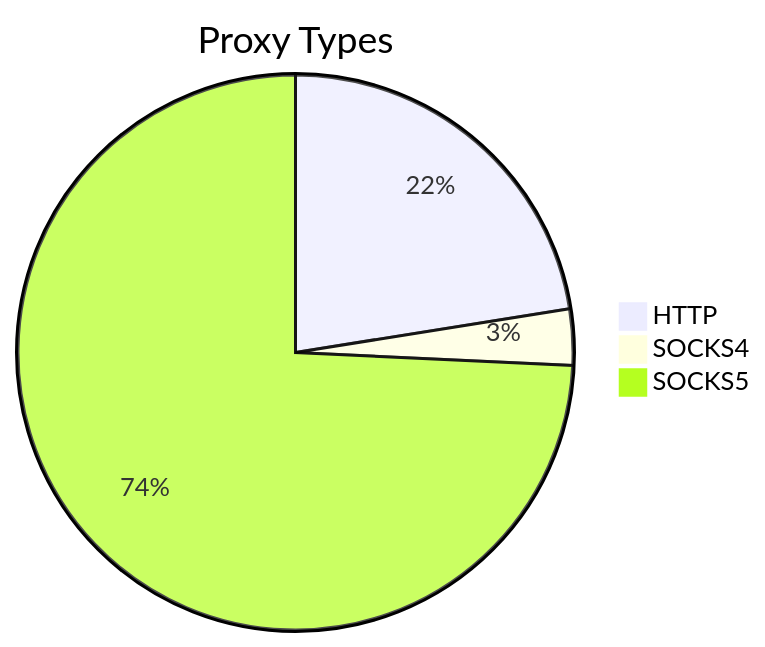
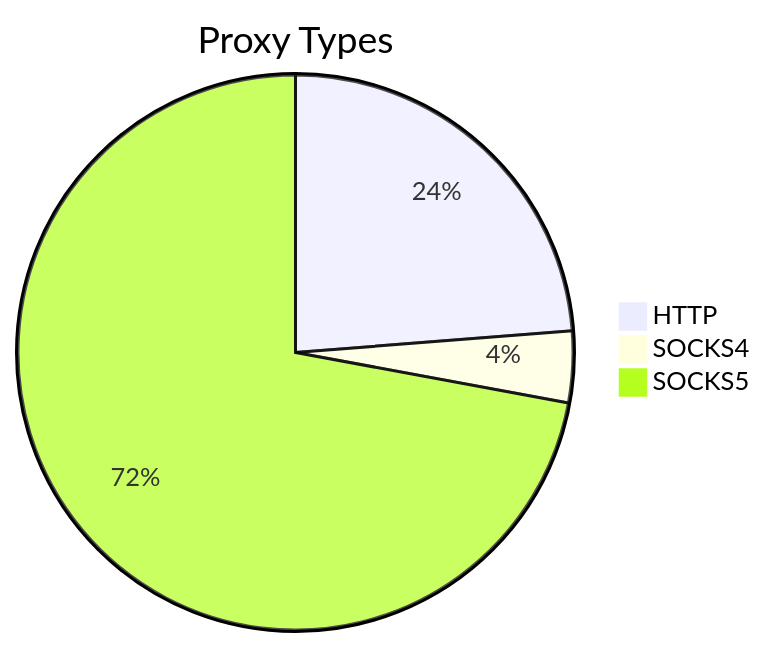
One commit to stormsia/proxy-list changed the first of 2 diagrams in README.md. Above: the diagram before and after it, drawn with Mermaid. The commit also changed other lines of this file, not shown here.

````diff
--- a/README.md
+++ b/README.md
@@ -21,6 +21,6 @@
 ```mermaid
 pie title Proxy Types
-    "HTTP" : 158
-    "SOCKS4" : 23
-    "SOCKS5" : 522
+    "HTTP" : 143
+    "SOCKS4" : 25
+    "SOCKS5" : 434
 ```
````
